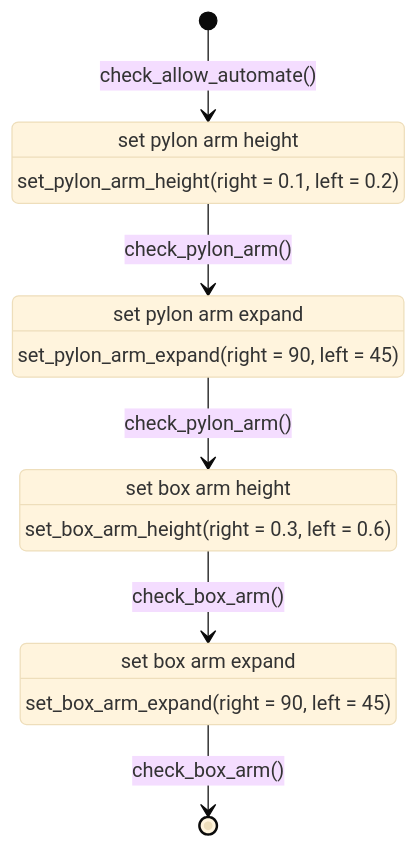
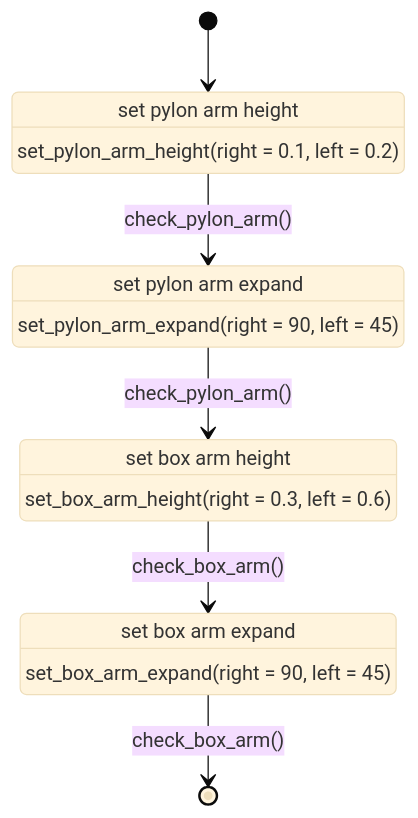
One commit to NITIC-Robot-Club/nhk2025b_ros2 changed the diagram in src/launch/nhk2025b_launch/state_graph/arm_test.md. Above: the diagram before and after it, drawn with Mermaid (base theme). The commit also changed 1 other file, not shown here.

Commit message:
add launch

````diff
--- a/src/launch/nhk2025b_launch/state_graph/arm_test.md
+++ b/src/launch/nhk2025b_launch/state_graph/arm_test.md
@@ -1,21 +1,21 @@
 ```mermaid
 stateDiagram-v2
 
     pylon_height : set pylon arm height
     pylon_height : set_pylon_arm_height(right = 0.1, left = 0.2)
 
     pylon_expand : set pylon arm expand
     pylon_expand : set_pylon_arm_expand(right = 90, left = 45)
 
     box_arm_height : set box arm height
     box_arm_height : set_box_arm_height(right = 0.3, left = 0.6)
 
     box_arm_expand : set box arm expand
     box_arm_expand : set_box_arm_expand(right = 90, left = 45)
 
-    [*] --> pylon_height : check_allow_automate()
+    [*] --> pylon_height
     pylon_height --> pylon_expand : check_pylon_arm()
     pylon_expand --> box_arm_height : check_pylon_arm()
     box_arm_height --> box_arm_expand : check_box_arm()
     box_arm_expand --> [*] : check_box_arm()
 ```
````
